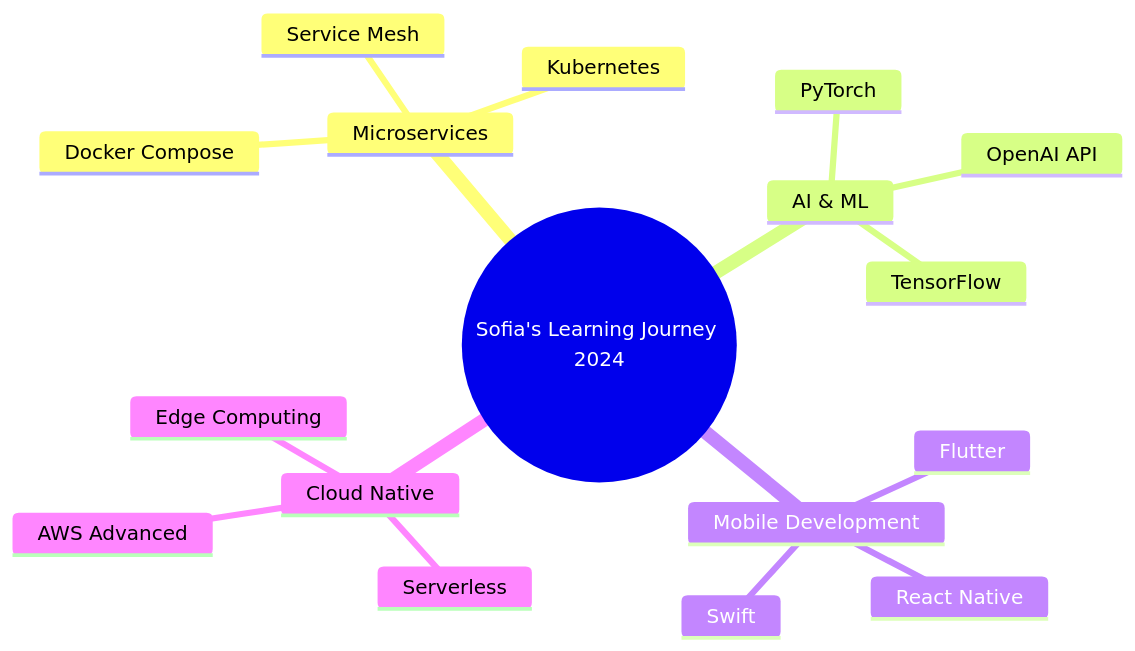
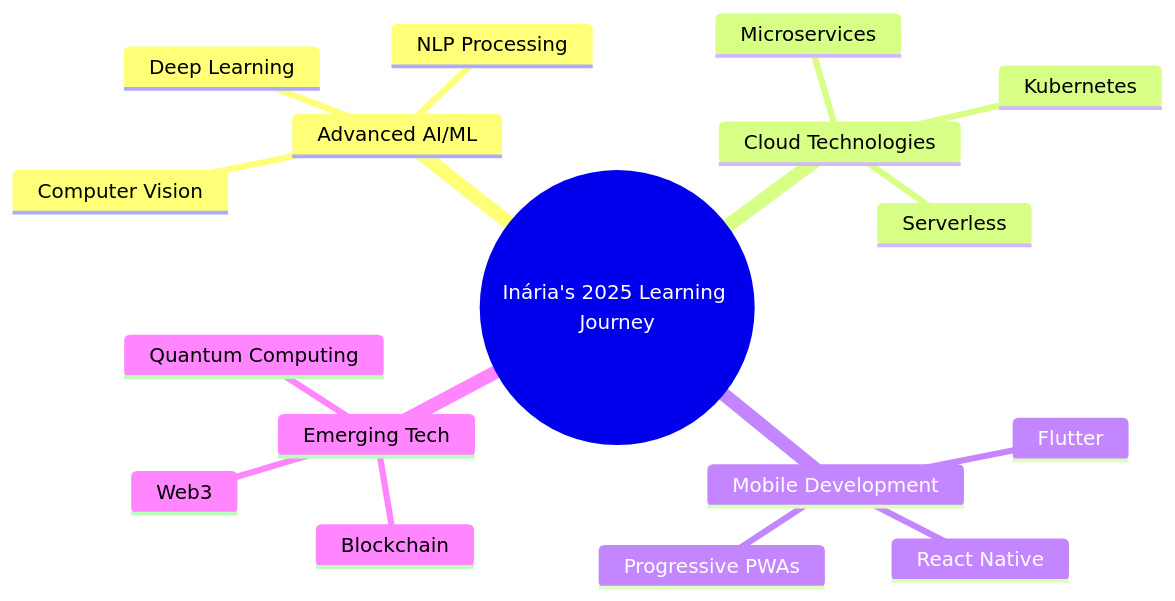
One commit to InariaMonjane/InariaMonjane changed the diagram in README.md. Above: the diagram before and after it, drawn with Mermaid. The commit also changed other lines of this file, not shown here.

````diff
--- a/README.md
+++ b/README.md
@@ -286,20 +328,20 @@
 ```mermaid
 mindmap
-  root((Sofia's Learning Journey 2024))
-    Microservices
-      Docker Compose
+  root((Inária's 2025 Learning Journey))
+    Advanced AI/ML
+      Deep Learning
+      Computer Vision
+      NLP Processing
+    Cloud Technologies
       Kubernetes
-      Service Mesh
-    AI & ML
-      TensorFlow
-      PyTorch  
-      OpenAI API
+      Microservices  
+      Serverless
     Mobile Development
       React Native
       Flutter
-      Swift
-    Cloud Native
-      AWS Advanced
-      Serverless
-      Edge Computing
+      Progressive PWAs
+    Emerging Tech
+      Blockchain
+      Web3
+      Quantum Computing
 ```
````
